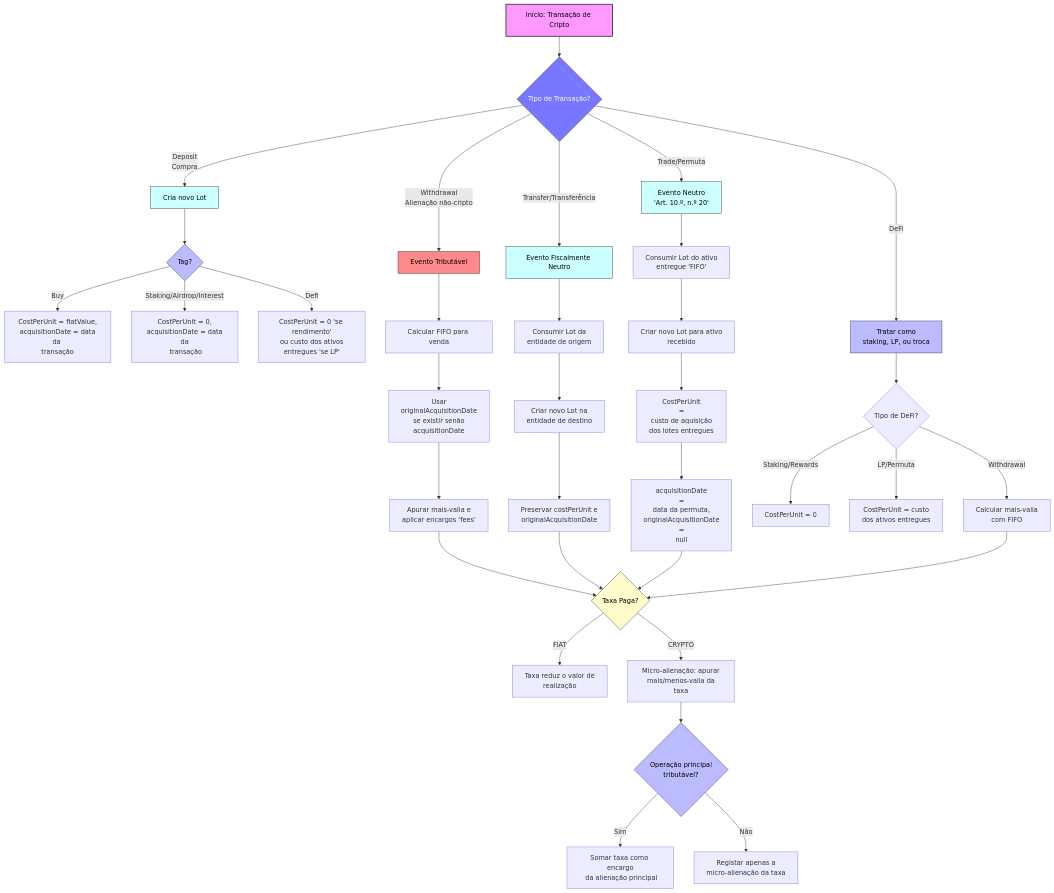
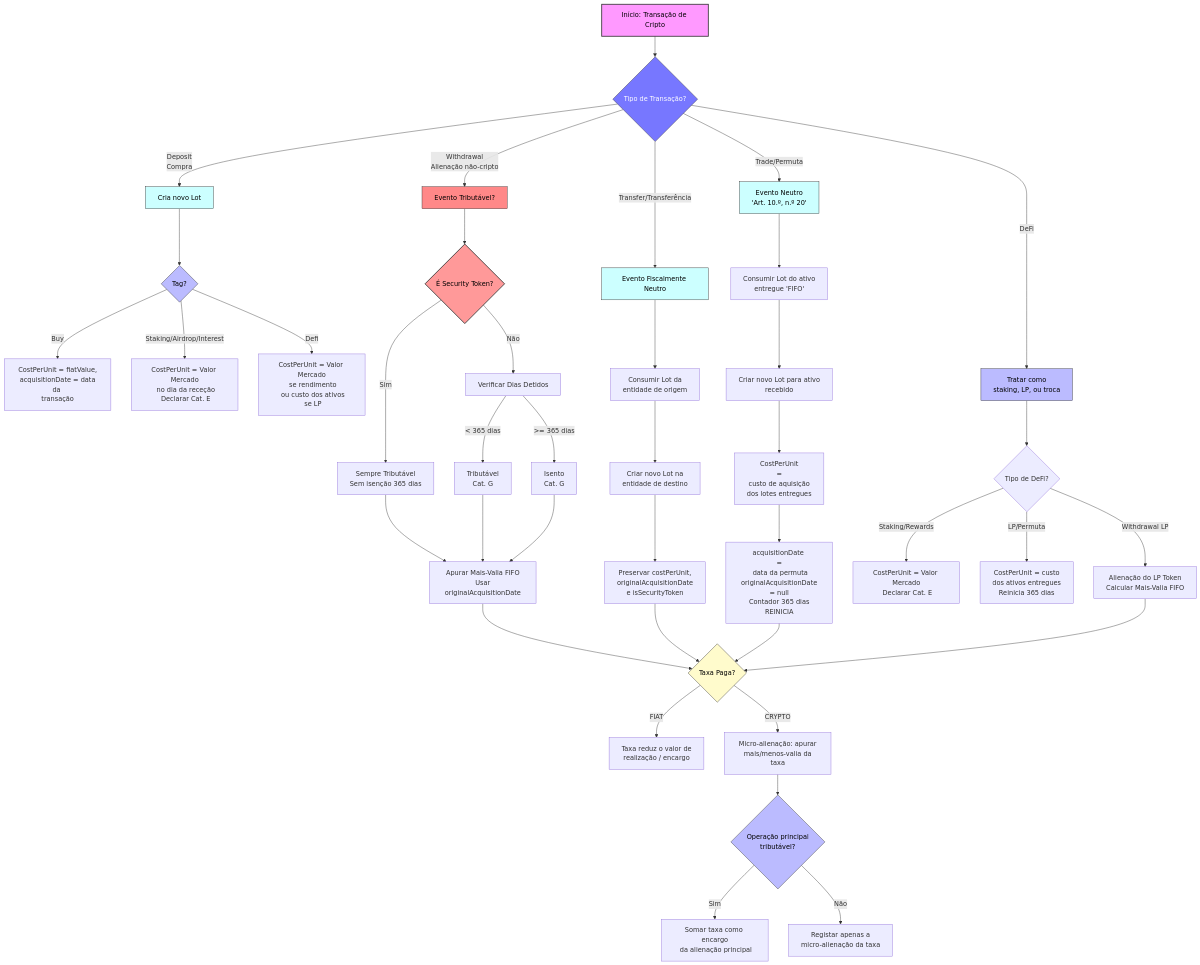
One commit to marotoweb/declaracriptopt changed the diagram in fluxograma.mermaid. Above: the diagram before and after it, drawn with Mermaid.

Commit message:
feat: v1.4 - Correções críticas (Security Tokens, Staking, Anexos) e lógica DeFi
BREAKING CHANGE: Alteração fundamental na lógica de cálculo de staking e isenções.

Principais alterações:
- 🚨 Security Tokens: Adicionada lógica para desativar a isenção de 365 dias para ativos classificados como valores mobiliários (sempre tributáveis).
- 🚨 Staking/Rewards: Alterado de `cost basis = 0` para `cost basis = valor de mercado na receção`.
  - Justificação: Alinhamento com a tributação imediata em Categoria E, evitando dupla tributação na venda futura.
- 📄 Anexos IRS: Especificada a distinção entre Anexo G (nacional) e Anexo J (estrangeiro) nos outputs.
- 🔄 DeFi/LP: Clarificado que a retirada de Liquidity Pools é uma alienação do token LP (reiniciando contagem de 365 dias para os ativos recebidos).
- 📊 Fluxograma: Atualizado para refletir as novas decisões de tributação (Security Tokens) e reinício de contagem em permutas.
- ⚠️ Avisos: Adicionada secção de "Aviso Legal e Limitações" no topo do README.

Estas alterações tornam o algoritmo conforme com a interpretação fiscal mais conservadora para 2026 em Portugal.

```diff
--- a/fluxograma.mermaid
+++ b/fluxograma.mermaid
@@ -1,53 +1,57 @@
 flowchart TD
   A[Início: Transação de Cripto] --> B{Tipo de Transação?}
 
   B -->|Deposit<br>Compra| C[Cria novo Lot]
   C --> C1{Tag?}
   C1 -->|Buy| C2[CostPerUnit = fiatValue,<br> acquisitionDate = data da <br>transação]
-  C1 -->|Staking/Airdrop/Interest| C3[CostPerUnit = 0,<br> acquisitionDate = data da<br> transação]
-  C1 -->|Defi| C4[CostPerUnit = 0 'se rendimento'<br> ou custo dos ativos entregues 'se LP']
+  C1 -->|Staking/Airdrop/Interest| C3[CostPerUnit = Valor Mercado<br> no dia da receção<br> Declarar Cat. E]
+  C1 -->|Defi| C4[CostPerUnit = Valor Mercado<br> se rendimento<br> ou custo dos ativos<br> se LP]
 
-  B -->|Withdrawal<br>Alienação não-cripto| D[Evento Tributável]
-  D --> D1[Calcular FIFO para venda]
-  D1 --> D2[Usar<br> originalAcquisitionDate<br>se existir senão<br>acquisitionDate]
-  D2 --> D3[Apurar mais-valia e<br> aplicar encargos 'fees']
+  B -->|Withdrawal<br>Alienação não-cripto| D[Evento Tributável?]
+  D --> D1{É Security Token?}
+  D1 -->|Sim| D2[Sempre Tributável<br> Sem isenção 365 dias]
+  D1 -->|Não| D3[Verificar Dias Detidos]
+  D3 -->|< 365 dias| D4[Tributável<br> Cat. G]
+  D3 -->|&gt= 365 dias| D5[Isento<br> Cat. G]
+  D2 & D4 & D5 --> D6[Apurar Mais-Valia FIFO<br> Usar originalAcquisitionDate]
 
   B -->|Transfer/Transferência| E[Evento Fiscalmente Neutro]
   E --> E1[Consumir Lot da<br> entidade de origem]
   E1 --> E2[Criar novo Lot na<br> entidade de destino]
-  E2 --> E3[Preservar costPerUnit e<br> originalAcquisitionDate]
+  E2 --> E3[Preservar costPerUnit,<br> originalAcquisitionDate<br> e isSecurityToken]
 
   B -->|Trade/Permuta| F["Evento Neutro<br> 'Art. 10.º, n.º 20'"]
   F --> F1[Consumir Lot do ativo<br> entregue 'FIFO']
   F1 --> F2[Criar novo Lot para ativo<br> recebido]
   F2 --> F3[CostPerUnit <br>=<br> custo de aquisição<br> dos lotes entregues]
-  F3 --> F4[acquisitionDate <br>=<br> data da permuta,<br> originalAcquisitionDate <br>=<br> null]
+  F3 --> F4[acquisitionDate <br>=<br> data da permuta<br> originalAcquisitionDate = null<br> Contador 365 dias REINICIA]
 
   B -->|DeFi| G[Tratar como<br> staking, LP, ou troca]
   G --> G1{Tipo de DeFi?}
-  G1 -->|Staking/Rewards| G2[CostPerUnit = 0]
-  G1 -->|LP/Permuta| G3[CostPerUnit = custo<br> dos ativos entregues]
-  G1 -->|Withdrawal| G4[Calcular mais-valia<br> com FIFO]
+  G1 -->|Staking/Rewards| G2[CostPerUnit = Valor Mercado<br> Declarar Cat. E]
+  G1 -->|LP/Permuta| G3[CostPerUnit = custo<br> dos ativos entregues<br> Reinicia 365 dias]
+  G1 -->|Withdrawal LP| G4[Alienação do LP Token<br> Calcular Mais-Valia FIFO]
 
   %% Taxas
-  D3 --> H{Taxa Paga?}
+  D6 --> H{Taxa Paga?}
   E3 --> H
   F4 --> H
   G4 --> H
 
-  H -->|FIAT| H1[Taxa reduz o valor de<br> realização]
+  H -->|FIAT| H1[Taxa reduz o valor de<br> realização / encargo]
   H -->|CRYPTO| H2[Micro-alienação: apurar<br> mais/menos-valia da taxa]
   H2 --> H3{Operação principal<br> tributável?}
   H3 -->|Sim| H4[Somar taxa como encargo<br> da alienação principal]
   H3 -->|Não| H5[Registar apenas a<br> micro-alienação da taxa]
 
   style A fill:#f9f,stroke:#333,stroke-width:2px,color:#000
   style B fill:#77f,stroke:#333,stroke-width:1px,color:#fff
   style C fill:#cff,stroke:#333,stroke-width:1px,color:#000
   style D fill:#f88,stroke:#333,stroke-width:1px,color:#000
   style E fill:#cff,stroke:#333,stroke-width:1px,color:#000
   style F fill:#cff,stroke:#333,stroke-width:1px,color:#000
   style G fill:#bbf,stroke:#333,stroke-width:1px,color:#000
   style H fill:#fffbcc,stroke:#333,stroke-width:1px,color:#000
+  style D1 fill:#ff9999,stroke:#333,stroke-width:2px,color:#000
   style C1 fill:#bbf,stroke:#333,stroke-width:1px,color:#000
   style H3 fill:#bbf,stroke:#333,stroke-width:1px,color:#000
```
